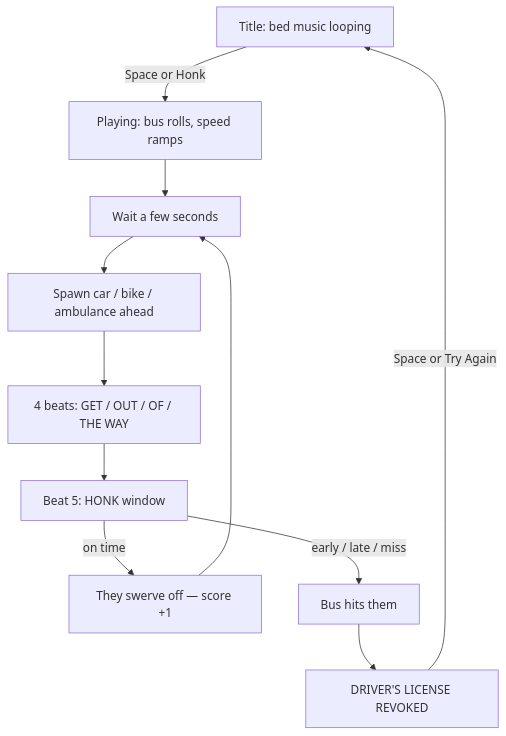
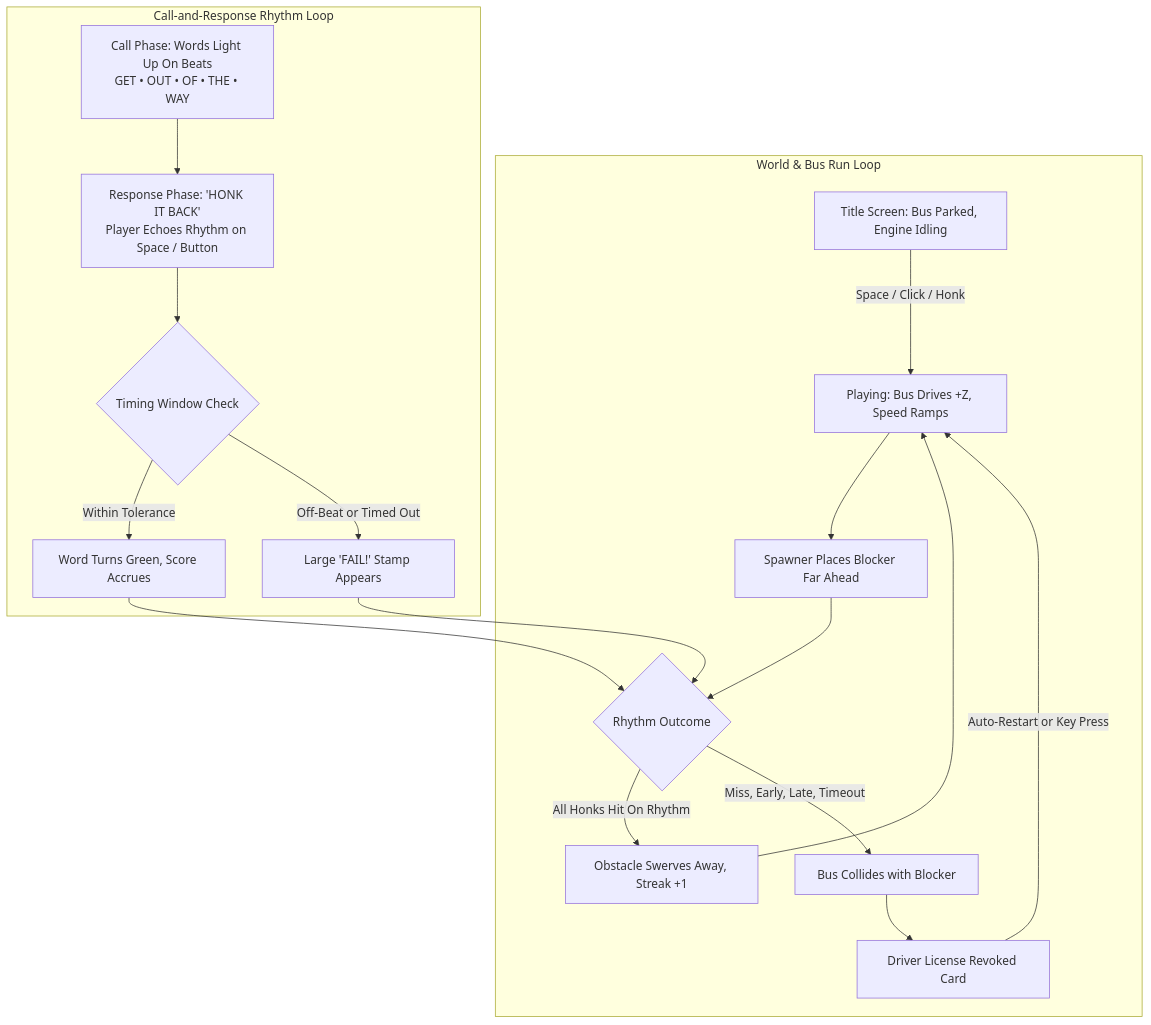
Before and after one commit to YehyunLee/OutOfWay: the diagram in OVERVIEW.md, drawn with Mermaid. The commit also changed other lines of this file, not shown here.

````diff
--- a/OVERVIEW.md
+++ b/OVERVIEW.md
@@ -85,14 +94,24 @@
 ```mermaid
 flowchart TD
-  title[Title: bed music looping]
-  title -->|Space or Honk| play[Playing: bus rolls, speed ramps]
-  play --> wait[Wait a few seconds]
-  wait --> spawn[Spawn car / bike / ambulance ahead]
-  spawn --> cue[4 beats: GET / OUT / OF / THE WAY]
-  cue --> honk[Beat 5: HONK window]
-  honk -->|on time| clear[They swerve off — score +1]
-  honk -->|early / late / miss| hit[Bus hits them]
-  clear --> wait
-  hit --> fail[DRIVER'S LICENSE REVOKED]
-  fail -->|Space or Try Again| title
+    subgraph RunLoop [World & Bus Run Loop]
+        title[Title Screen: Bus Parked, Engine Idling]
+        title -->|Space / Click / Honk| play[Playing: Bus Drives +Z, Speed Ramps]
+        play --> spawn[Spawner Places Blocker Far Ahead]
+        spawn --> rhythmCheck{Rhythm Outcome}
+        rhythmCheck -->|All Honks Hit On Rhythm| dodge[Obstacle Swerves Away, Streak +1]
+        dodge --> play
+        rhythmCheck -->|Miss, Early, Late, Timeout| crash[Bus Collides with Blocker]
+        crash --> failCard[Driver License Revoked Card]
+        failCard -->|Auto-Restart or Key Press| play
+    end
+
+    subgraph RhythmLoop [Call-and-Response Rhythm Loop]
+        callPhase[Call Phase: Words Light Up On Beats\nGET • OUT • OF • THE • WAY]
+        callPhase --> respPhase[Response Phase: 'HONK IT BACK'\nPlayer Echoes Rhythm on Space / Button]
+        respPhase --> evalHonk{Timing Window Check}
+        evalHonk -->|Within Tolerance| wordGreen[Word Turns Green, Score Accrues]
+        evalHonk -->|Off-Beat or Timed Out| wordRed[Large 'FAIL!' Stamp Appears]
+        wordGreen --> rhythmCheck
+        wordRed --> rhythmCheck
+    end
 ```
````
